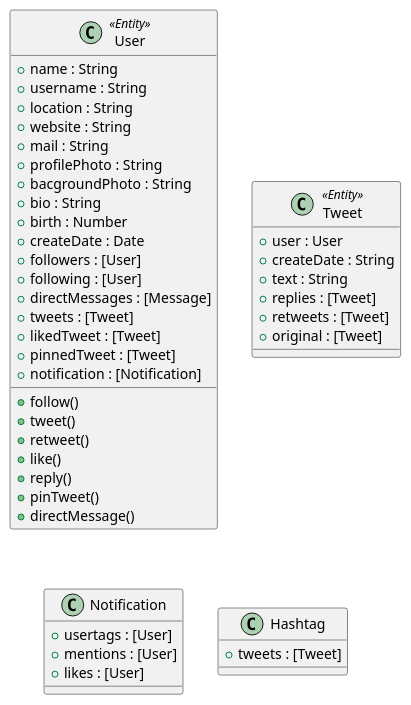
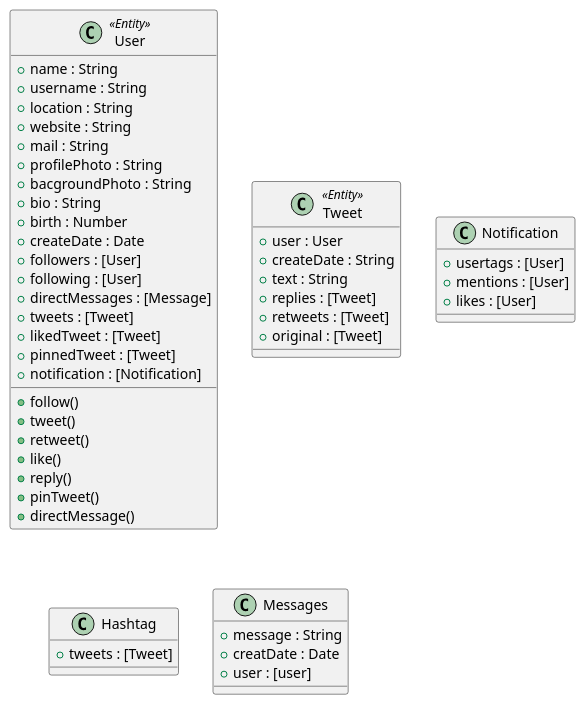
Before and after one commit to veyselusta/twitter: the diagram in class-diagram.puml, drawn with PlantUML.

Commit message:
Add Messages Class

```diff
--- a/class-diagram.puml
+++ b/class-diagram.puml
@@ -1,51 +1,57 @@
 @startuml "Class Diagram"
 
 class User <<Entity>> {
   + name : String
   + username : String
   + location : String
   + website : String
   + mail : String
   + profilePhoto : String
   + bacgroundPhoto : String
   + bio : String
   + birth : Number
   + createDate : Date
   + followers : [User]
   + following : [User]
   + directMessages : [Message]
   + tweets : [Tweet]
   + likedTweet : [Tweet]
   + pinnedTweet : [Tweet]
   + notification : [Notification]
 
   + follow()
   + tweet()
   + retweet()
   + like()
   + reply()
   + pinTweet()
   + directMessage()
 }
 
 class Tweet <<Entity>> {
   + user : User
   + createDate : String
   + text : String
   + replies : [Tweet]
   + retweets : [Tweet]
   + original : [Tweet]
 }
 
 Class Notification  {
   + usertags : [User]
   + mentions : [User]
   + likes : [User]
 }
 
 class Hashtag {
   + tweets : [Tweet]
 }
 
+class Messages {
+  + message : String
+  + creatDate : Date
+  + user : [user]
+}
+
 
 @enduml
```
